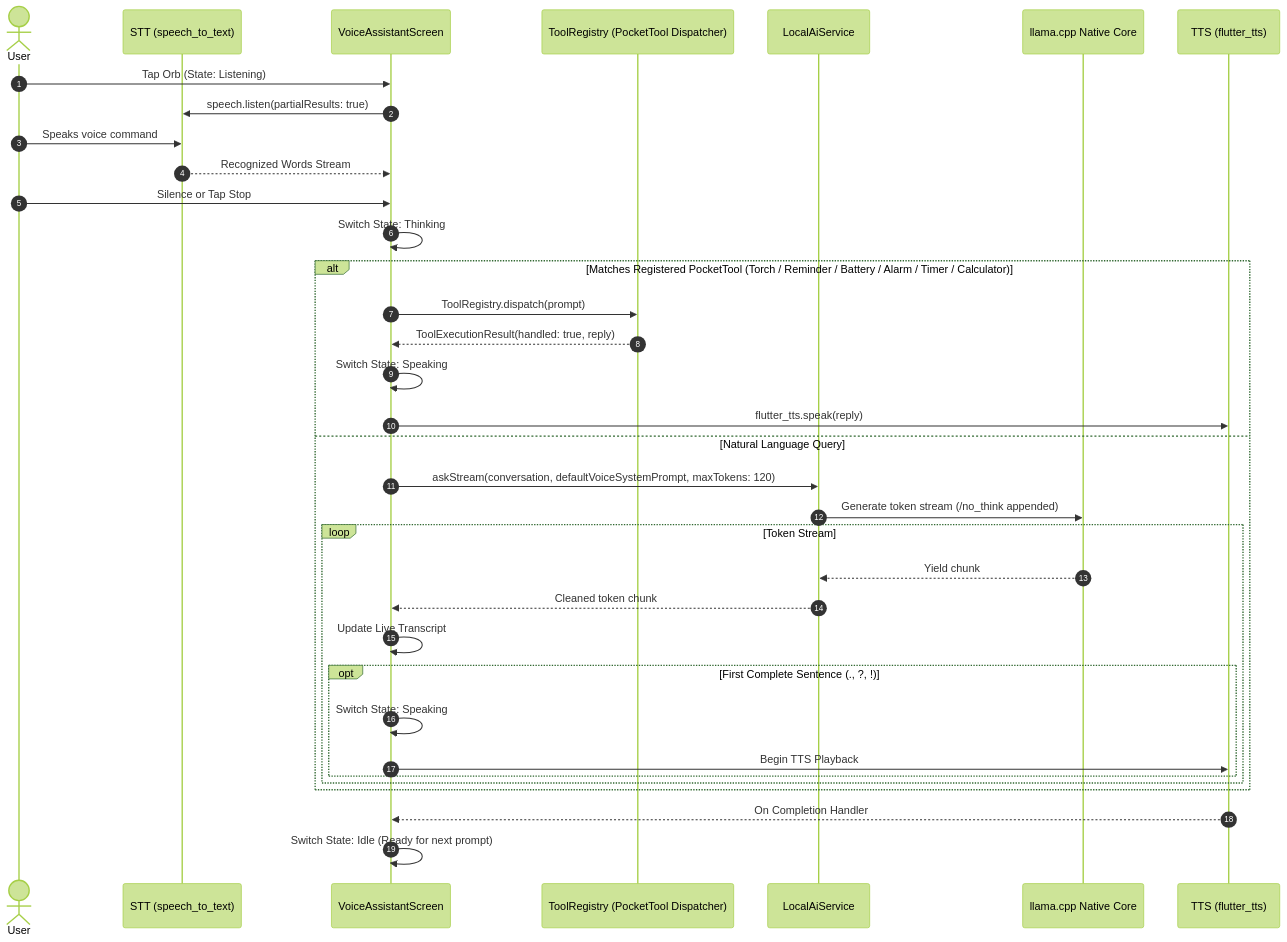
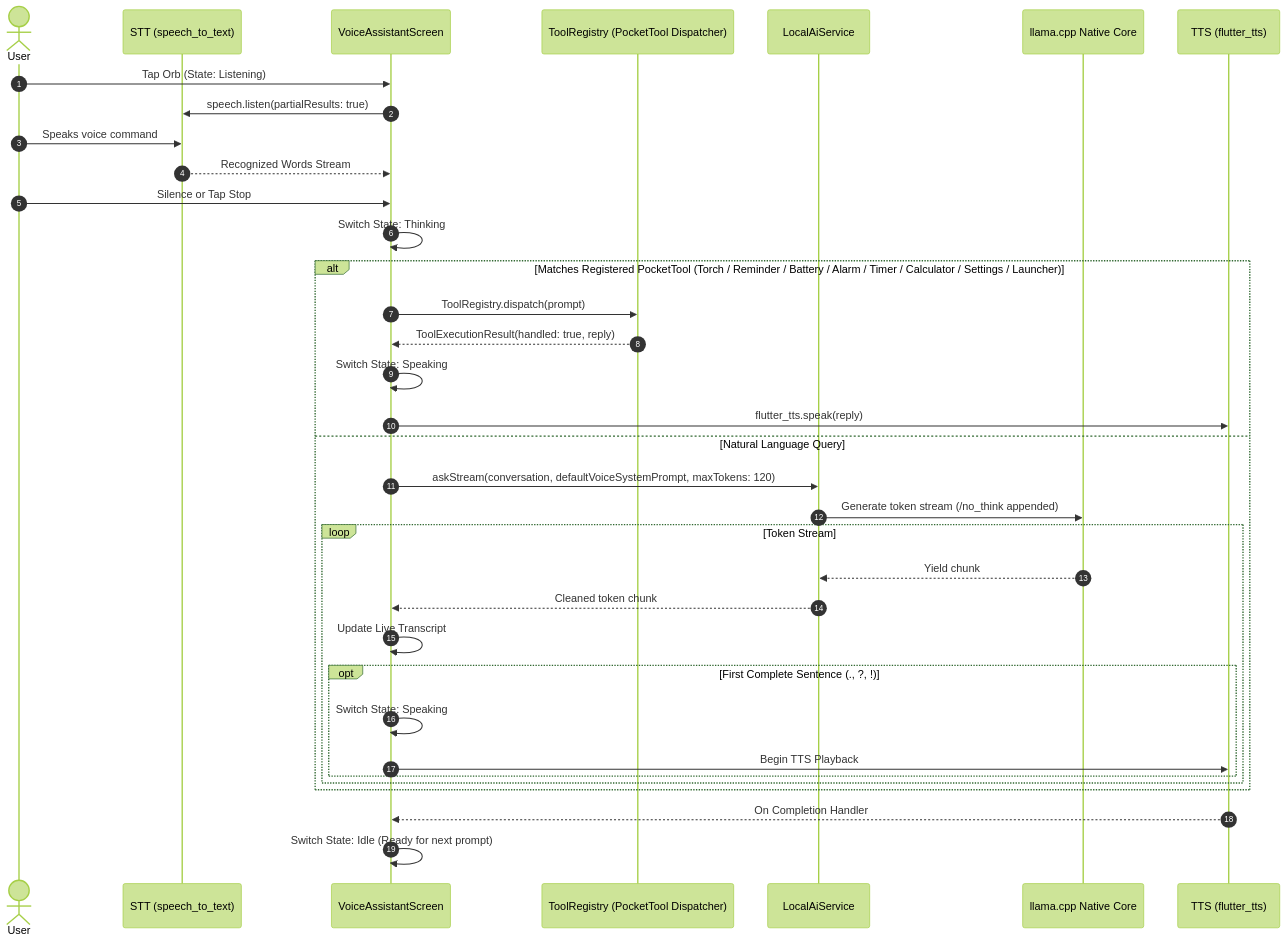
One commit to SubramanyaKS/PocketAI changed the fourth of 5 diagrams in docs/architecture.md. Above: the diagram before and after it, drawn with Mermaid (forest theme). The commit also changed other lines of this file and 20 other files, not shown here.

````diff
--- a/docs/architecture.md
+++ b/docs/architecture.md
@@ -194,41 +211,41 @@
 ```mermaid
 sequenceDiagram
     autonumber
     actor User
     participant Mic as STT (speech_to_text)
     participant VoiceUI as VoiceAssistantScreen
     participant Registry as ToolRegistry (PocketTool Dispatcher)
     participant AI as LocalAiService
     participant Engine as llama.cpp Native Core
     participant Speaker as TTS (flutter_tts)
 
     User->>VoiceUI: Tap Orb (State: Listening)
     VoiceUI->>Mic: speech.listen(partialResults: true)
     User->>Mic: Speaks voice command
     Mic-->>VoiceUI: Recognized Words Stream
     User->>VoiceUI: Silence or Tap Stop
     
     VoiceUI->>VoiceUI: Switch State: Thinking
     
-    alt Matches Registered PocketTool (Torch / Reminder / Battery / Alarm / Timer / Calculator)
+    alt Matches Registered PocketTool (Torch / Reminder / Battery / Alarm / Timer / Calculator / Settings / Launcher)
         VoiceUI->>Registry: ToolRegistry.dispatch(prompt)
         Registry-->>VoiceUI: ToolExecutionResult(handled: true, reply)
         VoiceUI->>VoiceUI: Switch State: Speaking
         VoiceUI->>Speaker: flutter_tts.speak(reply)
     else Natural Language Query
         VoiceUI->>AI: askStream(conversation, defaultVoiceSystemPrompt, maxTokens: 120)
         AI->>Engine: Generate token stream (/no_think appended)
         loop Token Stream
             Engine-->>AI: Yield chunk
             AI-->>VoiceUI: Cleaned token chunk
             VoiceUI->>VoiceUI: Update Live Transcript
             opt First Complete Sentence (., ?, !)
                 VoiceUI->>VoiceUI: Switch State: Speaking
                 VoiceUI->>Speaker: Begin TTS Playback
             end
         end
     end
 
     Speaker-->>VoiceUI: On Completion Handler
     VoiceUI->>VoiceUI: Switch State: Idle (Ready for next prompt)
 ```
````
